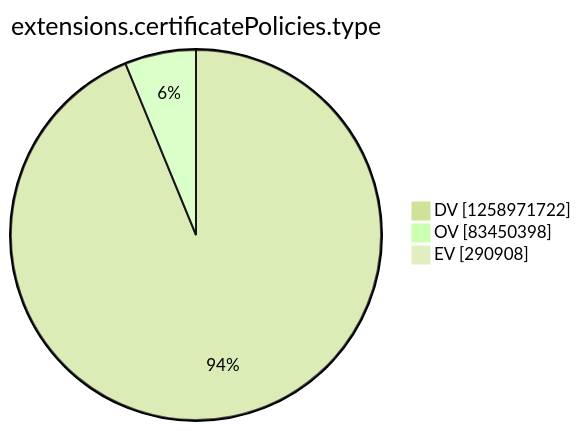
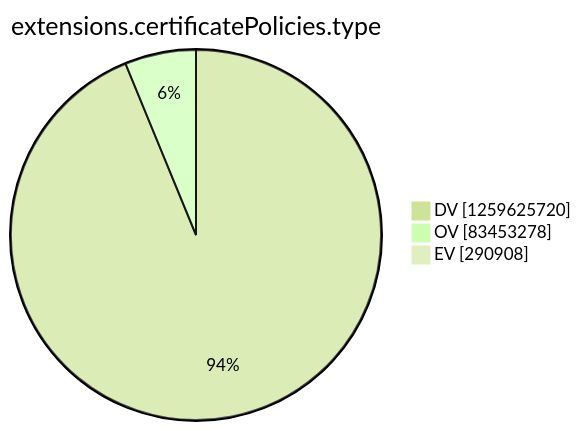
One commit to christiankrug/ctmonitor_visualization changed the tenth of 15 diagrams in argon2022/README.md. Above: the diagram before and after it, drawn with Mermaid (forest theme). The commit also changed other lines of this file, not shown here.

````diff
--- a/argon2022/README.md
+++ b/argon2022/README.md
@@ -2771,7 +2771,7 @@
 ```mermaid
 pie showData
 title extensions.certificatePolicies.type
-"DV" :1258971722
-"OV" :83450398
+"DV" :1259625720
+"OV" :83453278
 "EV" :290908
 ```
````
